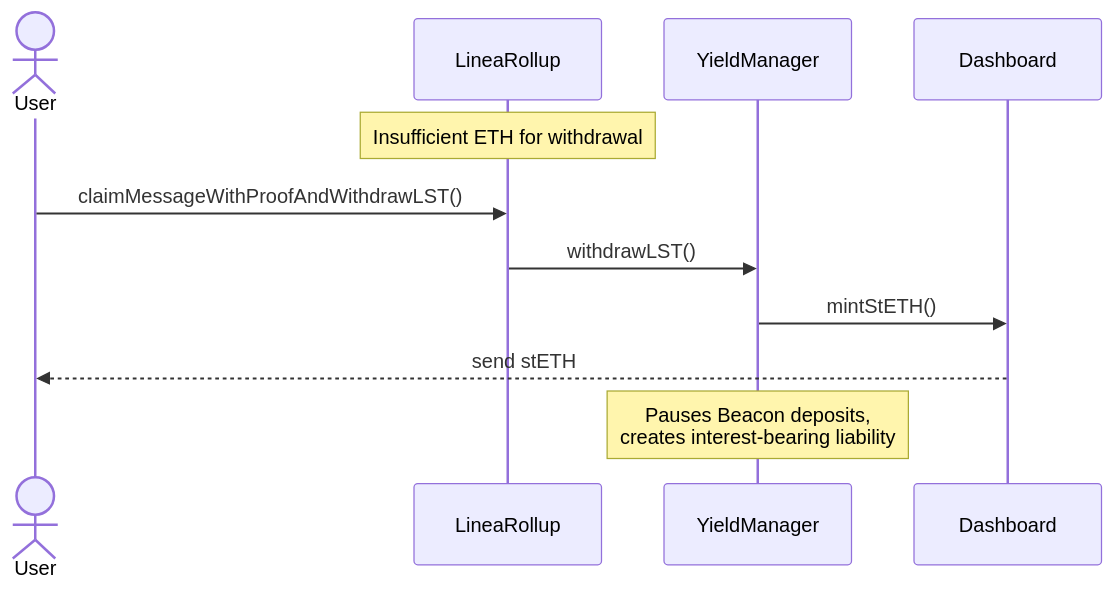
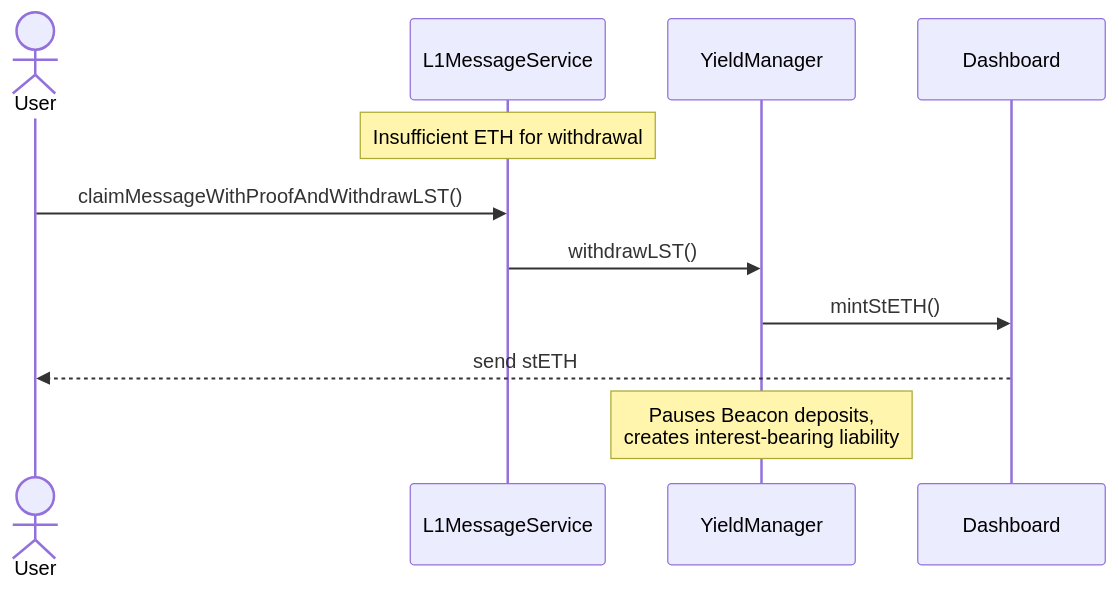
One commit to Consensys/doc.linea changed the seventh of 8 diagrams in docs/protocol/yield-boost-architecture.mdx. Above: the diagram before and after it, drawn with Mermaid. The commit also changed other lines of this file and 1 other file, not shown here.

````diff
--- a/docs/protocol/yield-boost-architecture.mdx
+++ b/docs/protocol/yield-boost-architecture.mdx
@@ -286,14 +399,14 @@
 ```mermaid
 sequenceDiagram
     actor U as User
-    participant BR as LineaRollup
+    participant L1 as L1MessageService
     participant YM as YieldManager
     participant DB as Dashboard
 
-    Note over BR: Insufficient ETH for withdrawal
-    U->>BR: claimMessageWithProofAndWithdrawLST()
-    BR->>YM: withdrawLST()
+    Note over L1: Insufficient ETH for withdrawal
+    U->>L1: claimMessageWithProofAndWithdrawLST()
+    L1->>YM: withdrawLST()
     YM->>DB: mintStETH()
     DB-->>U: send stETH
     Note over YM: Pauses Beacon deposits,<br/>creates interest-bearing liability
 ```
````
